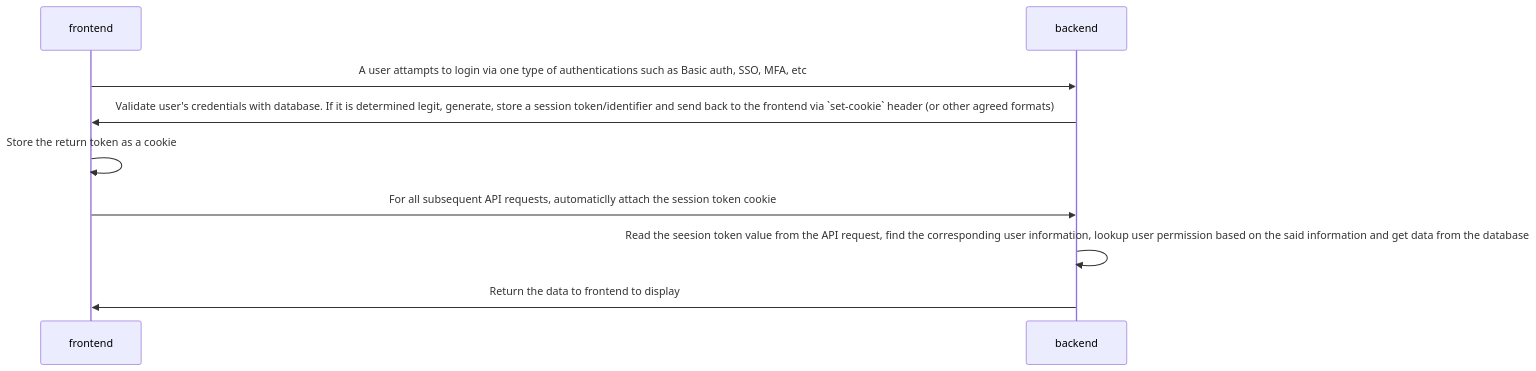
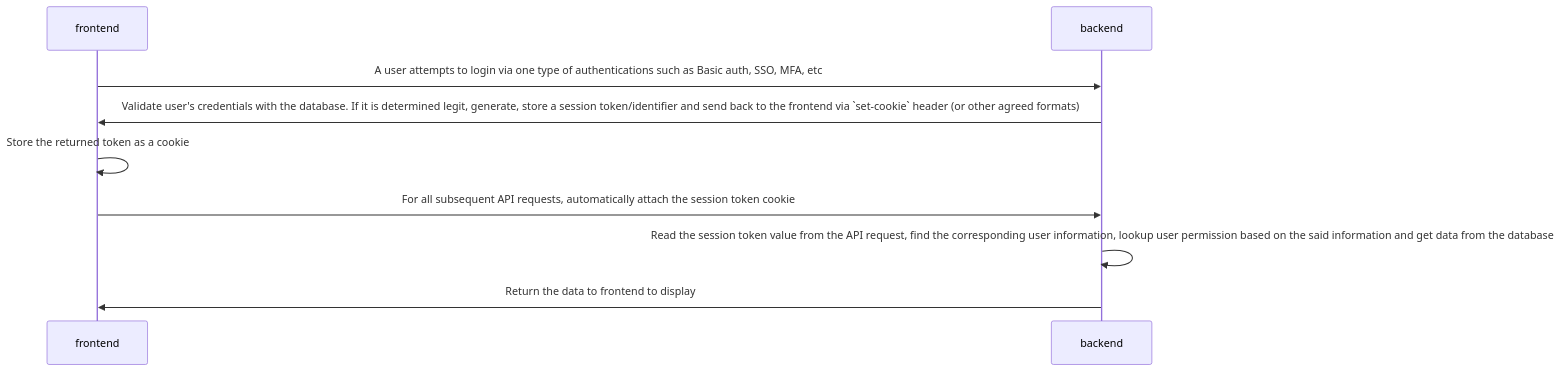
One commit to akshatarrao/CSI5112-Project changed the second of 2 diagrams in privacy_report.md. Above: the diagram before and after it, drawn with Mermaid. The commit also changed other lines of this file, not shown here.

````diff
--- a/privacy_report.md
+++ b/privacy_report.md
@@ -33,11 +33,11 @@
 ```mermaid
 sequenceDiagram
     participant frontend
     participant backend
-    frontend->>backend: A user attampts to login via one type of authentications such as Basic auth, SSO, MFA, etc
-    backend->>frontend: Validate user's credentials with database. If it is determined legit, generate, store a session token/identifier and send back to the frontend via `set-cookie` header (or other agreed formats)
-    frontend->>frontend: Store the return token as a cookie
-    frontend->>backend: For all subsequent API requests, automaticlly attach the session token cookie
-    backend->>backend: Read the seesion token value from the API request, find the corresponding user information, lookup user permission based on the said information and get data from the database
+    frontend->>backend: A user attempts to login via one type of authentications such as Basic auth, SSO, MFA, etc
+    backend->>frontend: Validate user's credentials with the database. If it is determined legit, generate, store a session token/identifier and send back to the frontend via `set-cookie` header (or other agreed formats)
+    frontend->>frontend: Store the returned token as a cookie
+    frontend->>backend: For all subsequent API requests, automatically attach the session token cookie
+    backend->>backend: Read the session token value from the API request, find the corresponding user information, lookup user permission based on the said information and get data from the database
     backend->>frontend: Return the data to frontend to display
 ```
````
